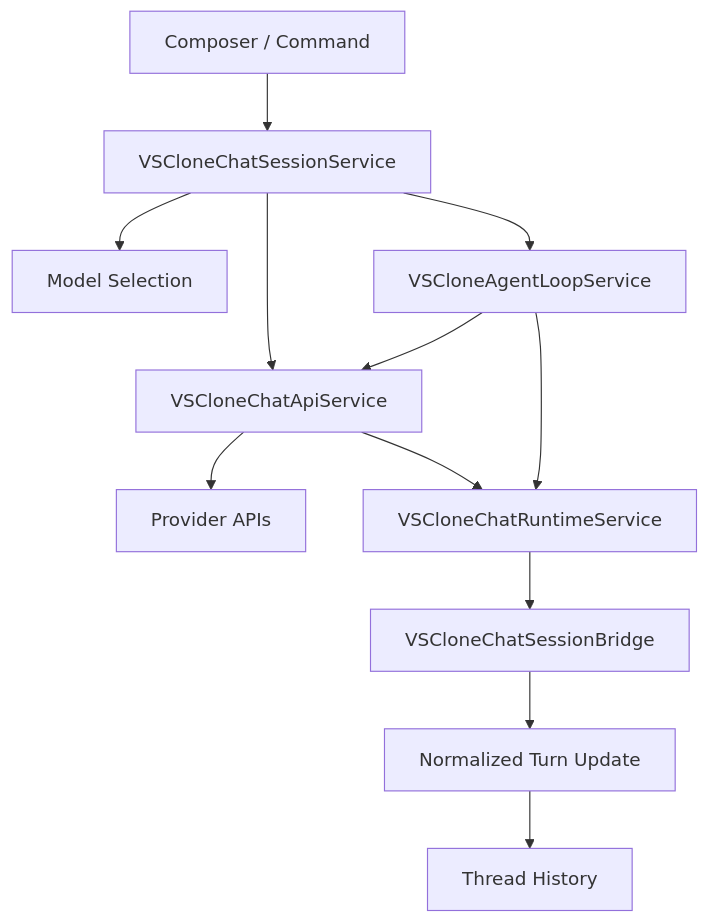
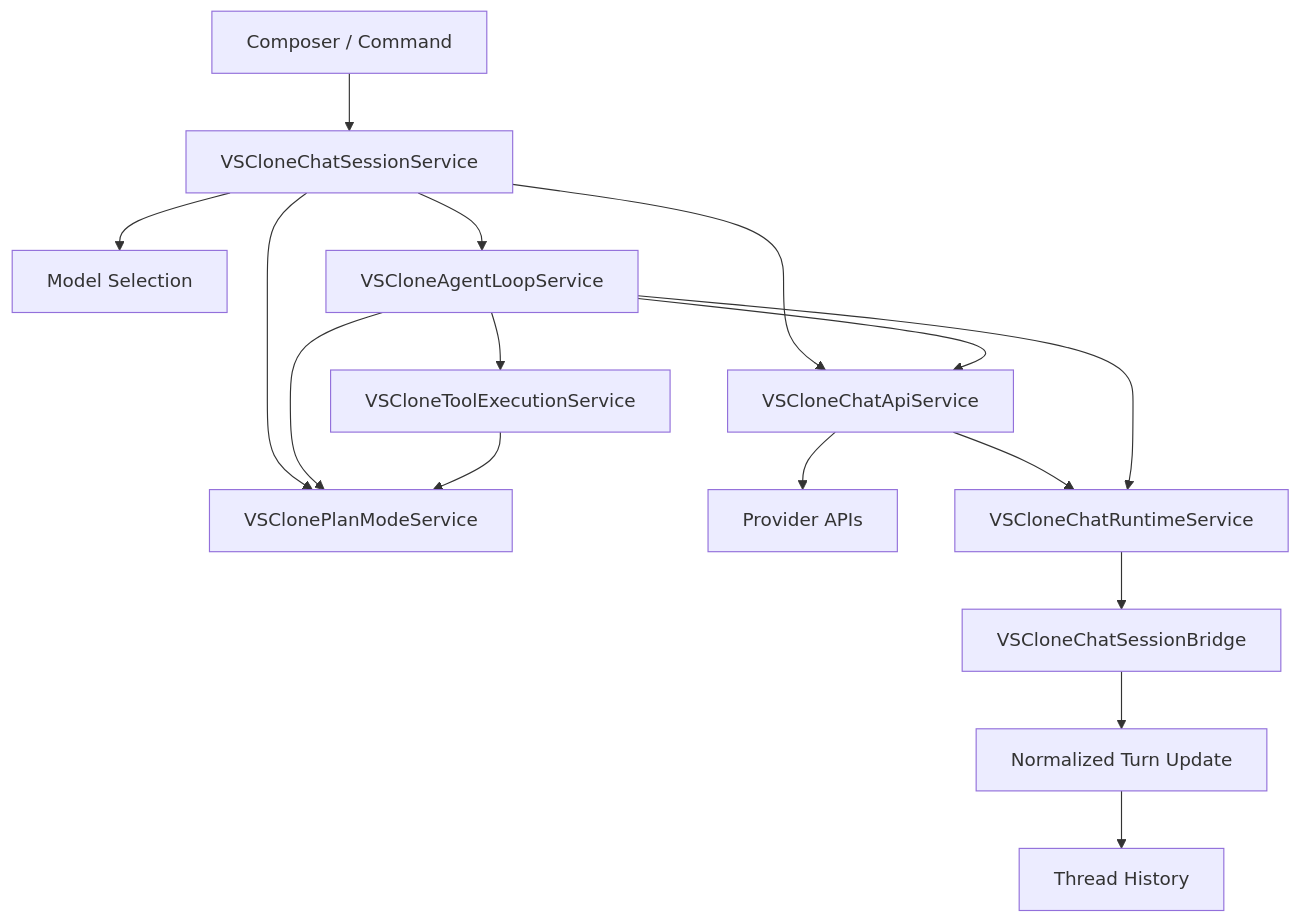
One commit to BrandonHowe/cs485-llm-ide changed the first of 2 diagrams in cs485/backend-modules/chat-execution.md. Above: the diagram before and after it, drawn with Mermaid. The commit also changed other lines of this file and 27 other files, not shown here.

Commit message:
feat(vsclone): add plan mode for unified chat

````diff
--- a/cs485/backend-modules/chat-execution.md
+++ b/cs485/backend-modules/chat-execution.md
@@ -42,14 +45,18 @@
 ```mermaid
 flowchart TD
   Caller["Composer / Command"] --> Session["VSCloneChatSessionService"]
   Session --> Selection["Model Selection"]
+  Session --> PlanMode["VSClonePlanModeService"]
   Session --> Api["VSCloneChatApiService"]
   Session --> Agent["VSCloneAgentLoopService"]
+  Agent --> PlanMode
+  Agent --> Tools["VSCloneToolExecutionService"]
+  Tools --> PlanMode
   Agent --> Api
   Api --> Providers["Provider APIs"]
   Api --> Runtime["VSCloneChatRuntimeService"]
   Agent --> Runtime
   Runtime --> Bridge["VSCloneChatSessionBridge"]
   Bridge --> Update["Normalized Turn Update"]
   Update --> History["Thread History"]
 ```
````
